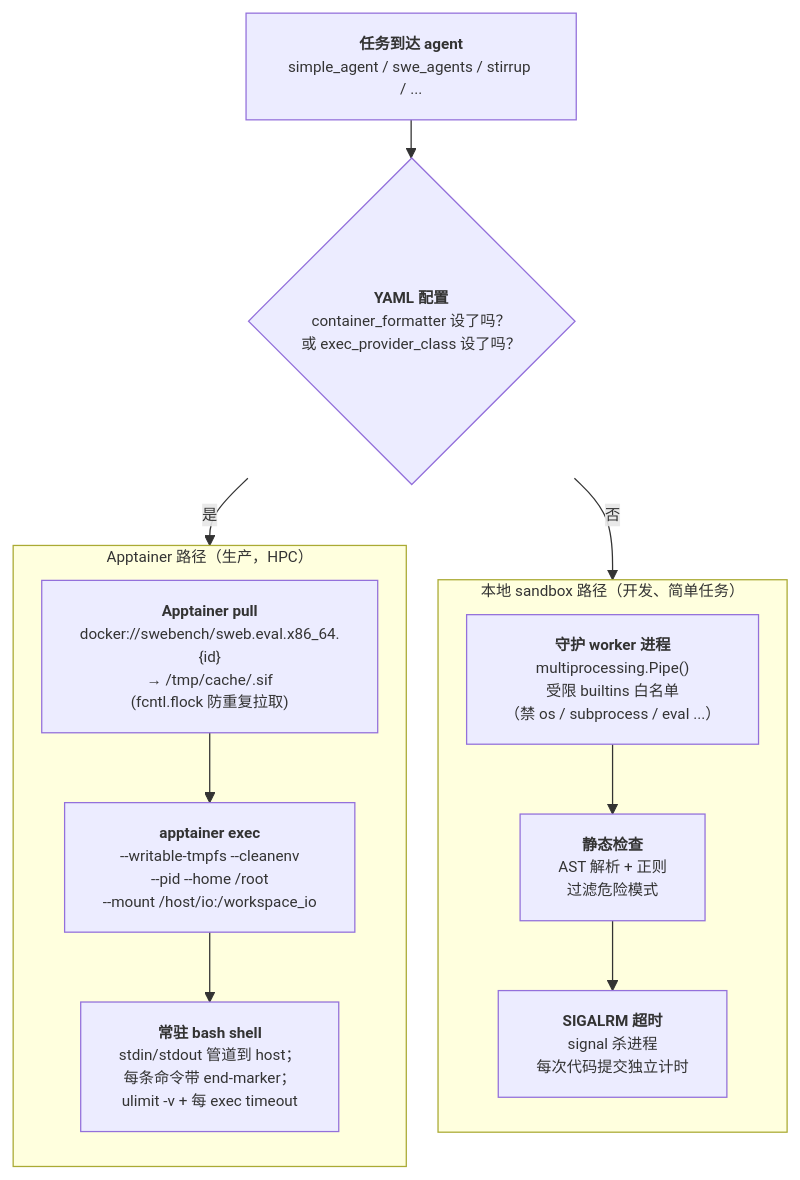
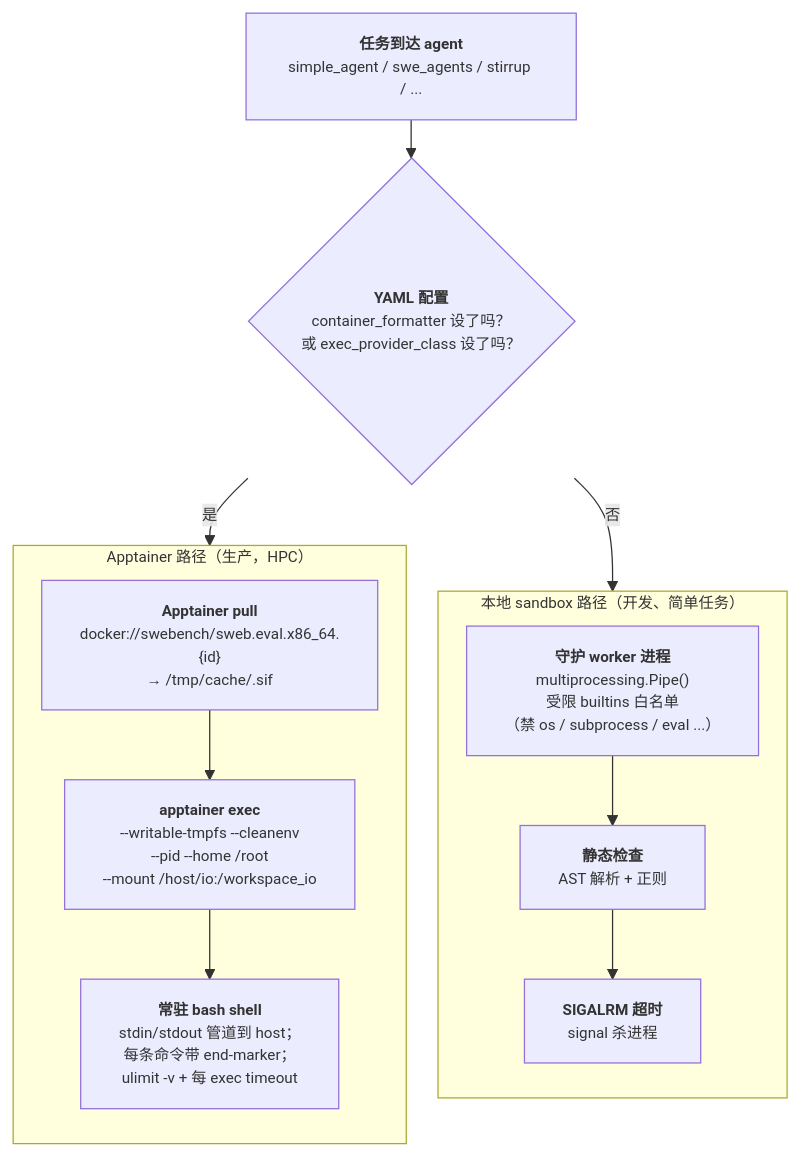
Before and after one commit to shikicloud/MLSys: the second of 2 diagrams in CN/wiki/agentic-rl/nemo-gym.md, drawn with Mermaid. The commit also changed other lines of this file and 5 other files, not shown here.

````diff
--- a/CN/wiki/agentic-rl/nemo-gym.md
+++ b/CN/wiki/agentic-rl/nemo-gym.md
@@ -349,26 +255,26 @@
 ```mermaid
 %%{init: {'theme':'default','flowchart':{'nodeSpacing':25,'rankSpacing':30},'themeVariables':{'fontSize':'12px'}}}%%
 flowchart TB
     TASK["<b>任务到达 agent</b><br/>simple_agent / swe_agents / stirrup / ..."]
     BRANCH{"<b>YAML 配置</b><br/>container_formatter 设了吗？<br/>或 exec_provider_class 设了吗？"}
 
     subgraph APPTAINER["Apptainer 路径（生产，HPC）"]
         direction TB
-        PULL["<b>Apptainer pull</b><br/>docker://swebench/sweb.eval.x86_64.{id}<br/>→ /tmp/cache/<id>.sif<br/>(fcntl.flock 防重复拉取)"]
+        PULL["<b>Apptainer pull</b><br/>docker://swebench/sweb.eval.x86_64.{id}<br/>→ /tmp/cache/<id>.sif"]
         EXEC["<b>apptainer exec</b><br/>--writable-tmpfs --cleanenv<br/>--pid --home /root<br/>--mount /host/io:/workspace_io"]
         SHELL["<b>常驻 bash shell</b><br/>stdin/stdout 管道到 host；<br/>每条命令带 end-marker；<br/>ulimit -v + 每 exec timeout"]
         PULL --> EXEC --> SHELL
     end
 
     subgraph LOCAL["本地 sandbox 路径（开发、简单任务）"]
         direction TB
         WORKER["<b>守护 worker 进程</b><br/>multiprocessing.Pipe()<br/>受限 builtins 白名单<br/>（禁 os / subprocess / eval ...）"]
-        VALIDATE["<b>静态检查</b><br/>AST 解析 + 正则<br/>过滤危险模式"]
-        ALARM["<b>SIGALRM 超时</b><br/>signal 杀进程<br/>每次代码提交独立计时"]
+        VALIDATE["<b>静态检查</b><br/>AST 解析 + 正则"]
+        ALARM["<b>SIGALRM 超时</b><br/>signal 杀进程"]
         WORKER --> VALIDATE --> ALARM
     end
 
     TASK --> BRANCH
     BRANCH -->|是| APPTAINER
     BRANCH -->|否| LOCAL
 ```
````
